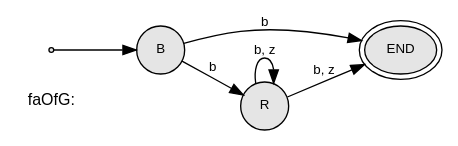
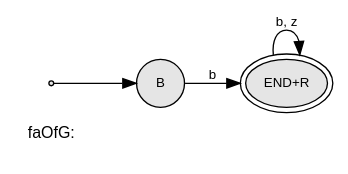
The diagram in UE03/src/faOfG.gv (seventinnine/FCW1), drawn with Graphviz before and after one commit. The commit also changed 2 other files, not shown here.

```diff
--- a/UE03/src/faOfG.gv
+++ b/UE03/src/faOfG.gv
@@ -1,17 +1,15 @@
 digraph finite_state_machine {
 
   rankdir = LR;
 
   node [fontname = Arial fontsize = 10 style = filled fillcolor = gray90]
   "faOfG:" [shape = none style = "" fontsize = 12];
   node [shape = point]; START; // shape for START node
-  node [shape = ellipse peripheries = 2] "END"; // shape for final nodes
+  node [shape = ellipse peripheries = 2] "END+R"; // shape for final nodes
   node [shape = circle peripheries = 1];  // shape for non-final nodes
   START -> "B";
 
-  "B" -> "END" [label = "b" fontname = Arial fontsize = 10]; 
-  "B" -> "R" [label = "b" fontname = Arial fontsize = 10]; 
-  "R" -> "END" [label = "b, z" fontname = Arial fontsize = 10]; 
-  "R" -> "R" [label = "b, z" fontname = Arial fontsize = 10]; 
+  "B" -> "END+R" [label = "b" fontname = Arial fontsize = 10]; 
+  "END+R" -> "END+R" [label = "b, z" fontname = Arial fontsize = 10]; 
 
 }
```
